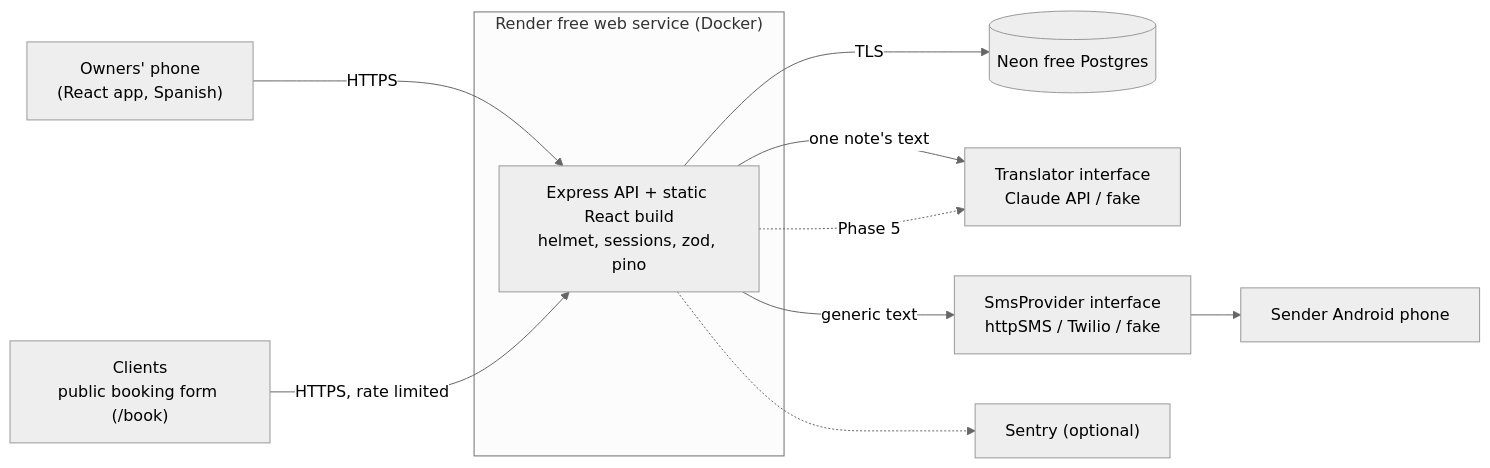
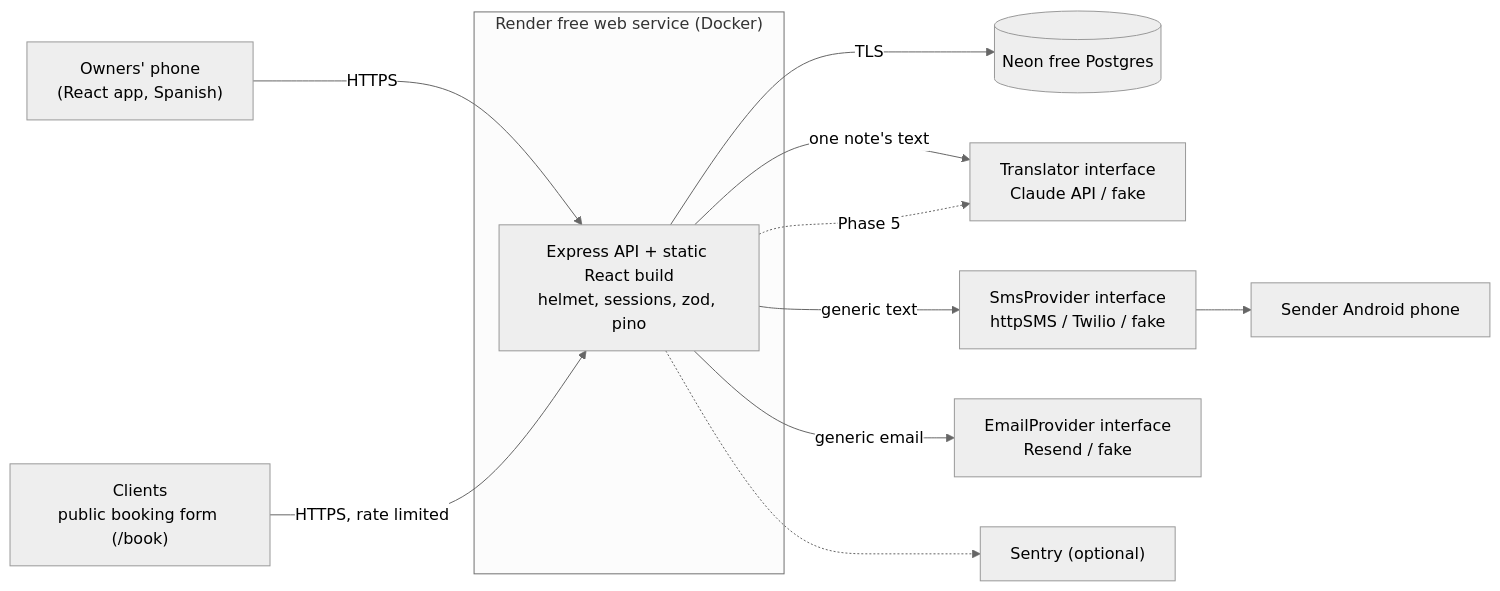
The first of 2 diagrams in docs/architecture.md (Barrientosgers/anyger-housekeeping), drawn with Mermaid (neutral theme) before and after one commit. The commit also changed 5 other files, not shown here.

````diff
--- a/docs/architecture.md
+++ b/docs/architecture.md
@@ -7,14 +7,15 @@
 ```mermaid
 flowchart LR
   P["Owners' phone<br/>(React app, Spanish)"] -->|HTTPS| S
   C["Clients<br/>public booking form (/book)"] -->|HTTPS, rate limited| S
   subgraph Render["Render free web service (Docker)"]
     S["Express API + static React build<br/>helmet, sessions, zod, pino"]
   end
   S -->|TLS| DB[("Neon free Postgres")]
   S -->|one note's text| TR["Translator interface<br/>Cloudflare / Claude / fake"]
   S -->|generic text| SMS["SmsProvider interface<br/>httpSMS / Twilio / fake"]
+  S -->|generic email| EM["EmailProvider interface<br/>Resend / fake"]
   SMS --> PH["Sender Android phone"]
   S -. "Phase 5" .-> TR["Translator interface<br/>Claude API / fake"]
   S -.-> SE["Sentry (optional)"]
 ```
````
